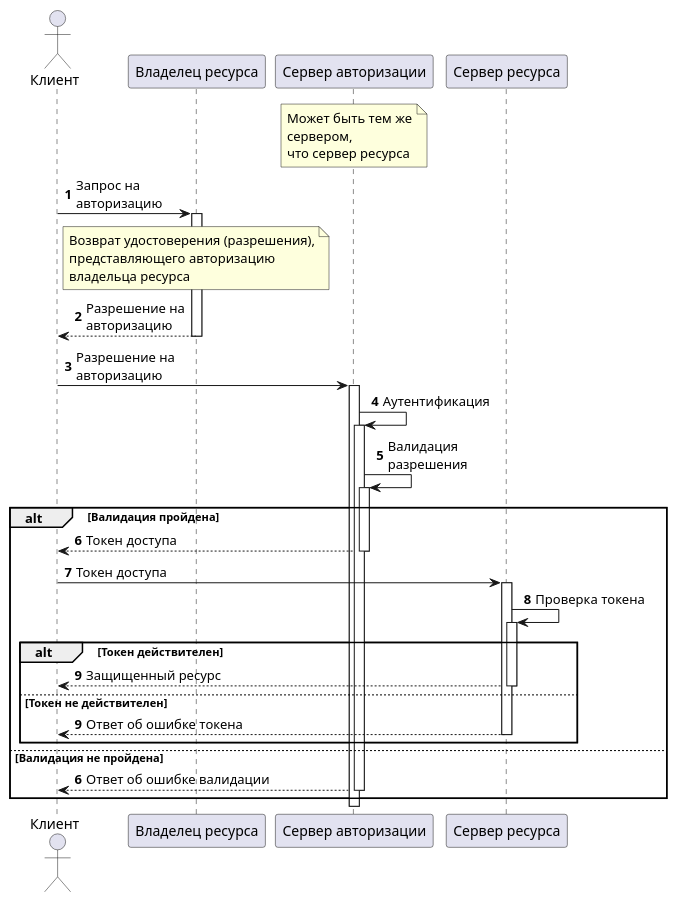
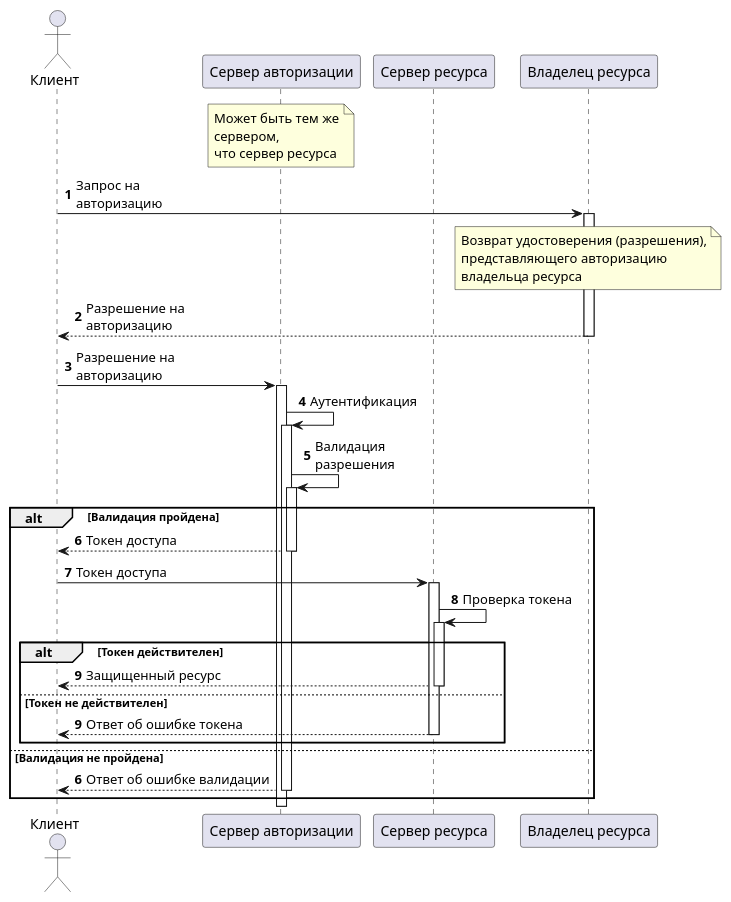
The diagram in docs/OAuth.puml (AleksanderNekr/LichessAnalyzer), drawn with PlantUML before and after one commit. The commit also changed other lines of this file, not shown here.

Commit message:
[Docs] OAuth seq refactor: move res owner to the end.

```diff
--- a/docs/OAuth.puml
+++ b/docs/OAuth.puml
@@ -1,45 +1,45 @@
 @startuml
 
 autonumber
 autoactivate on
 
 actor Клиент as client
-participant "Владелец ресурса" as resource_owner
 participant "Сервер авторизации" as auth_server
 note over of auth_server
 Может быть тем же
 сервером,
 что сервер ресурса
 end note
 participant "Сервер ресурса" as resource_server
+participant "Владелец ресурса" as resource_owner
 
 client -> resource_owner: Запрос на\nавторизацию
 note over of resource_owner
 Возврат удостоверения (разрешения),
 представляющего авторизацию
 владельца ресурса
 end note
 return Разрешение на\nавторизацию
 
 client -> auth_server: Разрешение на\nавторизацию
 auth_server -> auth_server: Аутентификация
 auth_server -> auth_server: Валидация\nразрешения
 
 alt Валидация пройдена
     auth_server --> client: Токен доступа
     
     client -> resource_server: Токен доступа
     resource_server -> resource_server: Проверка токена
     alt Токен действителен
         resource_server --> client: Защищенный ресурс
     else Токен не действителен
         autonumber 9
         resource_server --> client: Ответ об ошибке токена
     end
 else Валидация не пройдена
     autonumber 6
     auth_server --> client: Ответ об ошибке валидации
 end
 
 
 @enduml
```
